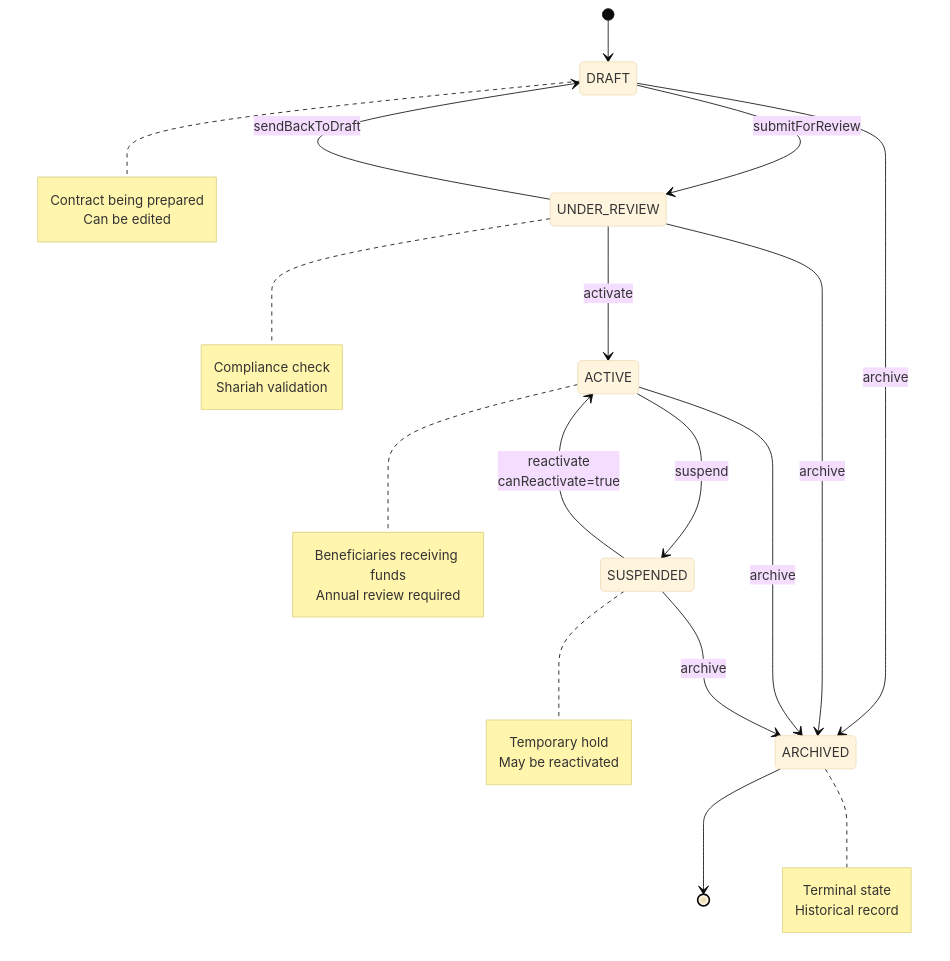
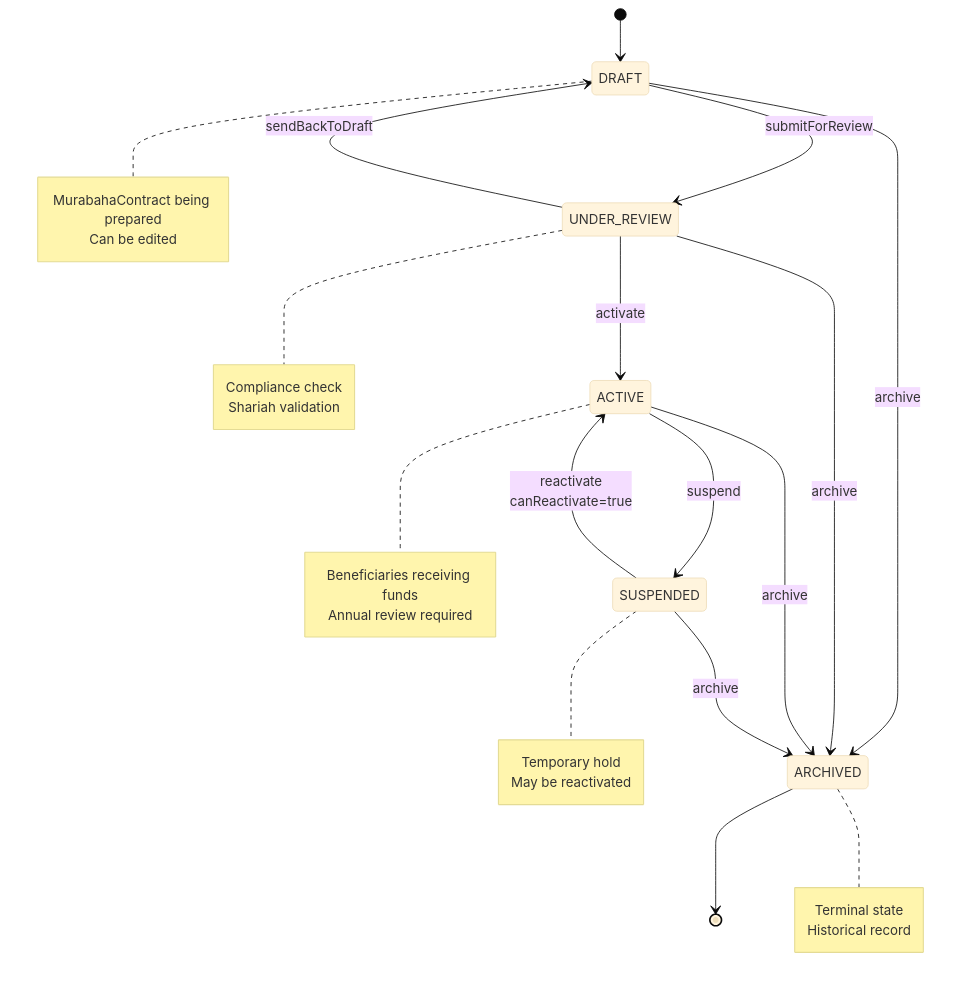
Before and after one commit to wahidyankf/open-sharia-enterprise: the eighth of 8 diagrams in docs/explanation/software/stack-lang/java/ex-so-stla-ja__finite-state-machine-fsm.md, drawn with Mermaid (base theme). The commit also changed other lines of this file and 81 other files, not shown here.

````diff
--- a/docs/explanation/software/stack-lang/java/ex-so-stla-ja__finite-state-machine-fsm.md
+++ b/docs/explanation/software/stack-lang/java/ex-so-stla-ja__finite-state-machine-fsm.md
@@ -2037,46 +2037,46 @@
 ```mermaid
 %% Color Palette: Blue #0173B2, Orange #DE8F05, Teal #029E73, Purple #CC78BC
 %% All colors are color-blind friendly and meet WCAG AA contrast standards
 
 stateDiagram-v2
     [*] --> DRAFT
 
     DRAFT --> UNDER_REVIEW: submitForReview
     UNDER_REVIEW --> ACTIVE: activate
     UNDER_REVIEW --> DRAFT: sendBackToDraft
 
     ACTIVE --> SUSPENDED: suspend
     SUSPENDED --> ACTIVE: reactivate<br/>canReactivate=true
 
     DRAFT --> ARCHIVED: archive
     UNDER_REVIEW --> ARCHIVED: archive
     ACTIVE --> ARCHIVED: archive
     SUSPENDED --> ARCHIVED: archive
 
     ARCHIVED --> [*]
 
     note right of DRAFT
-        Contract being prepared
+        MurabahaContract being prepared
         Can be edited
     end note
 
     note right of UNDER_REVIEW
         Compliance check
         Shariah validation
     end note
 
     note right of ACTIVE
         Beneficiaries receiving funds
         Annual review required
     end note
 
     note right of SUSPENDED
         Temporary hold
         May be reactivated
     end note
 
     note right of ARCHIVED
         Terminal state
         Historical record
     end note
 ```
````
